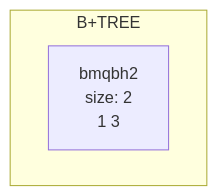
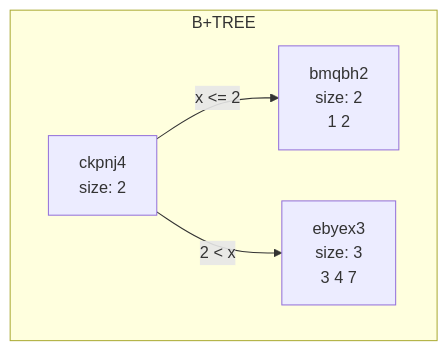
One commit to vasu0403/bpTree changed the first of 2 diagrams in data/chart.md. Above: the diagram before and after it, drawn with Mermaid. The commit also changed other lines of this file and 2 other files, not shown here.

Commit message:
implemented internal node deletion

````diff
--- a/data/chart.md
+++ b/data/chart.md
@@ -1,6 +1,10 @@
 ```mermaid
 graph TD
 subgraph B+TREE
-bmqbh2[bmqbh2<br/>size: 2<br/>1 3 ]
+ckpnj4[ckpnj4<br/>size: 2<br/>]
+bmqbh2[bmqbh2<br/>size: 2<br/>1 2 ]
+ckpnj4-->|x <= 2|bmqbh2
+ebyex3[ebyex3<br/>size: 3<br/>3 4 7 ]
+ckpnj4-->|2 < x|ebyex3
 end
 ```
````
